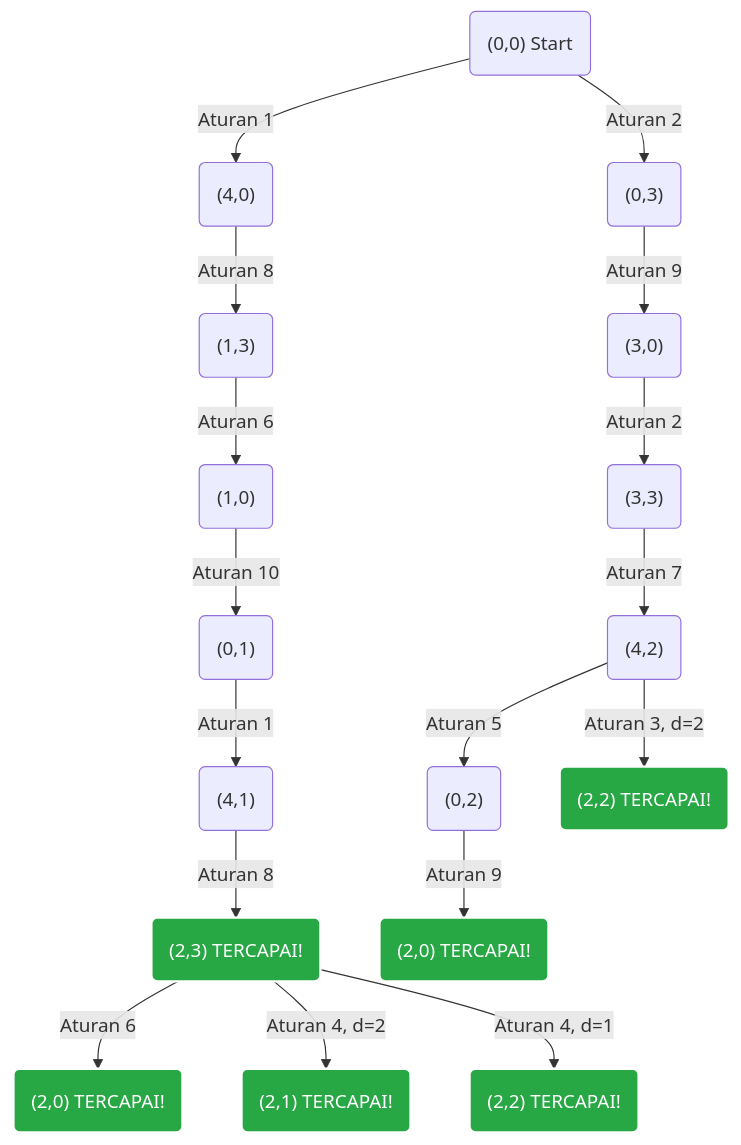
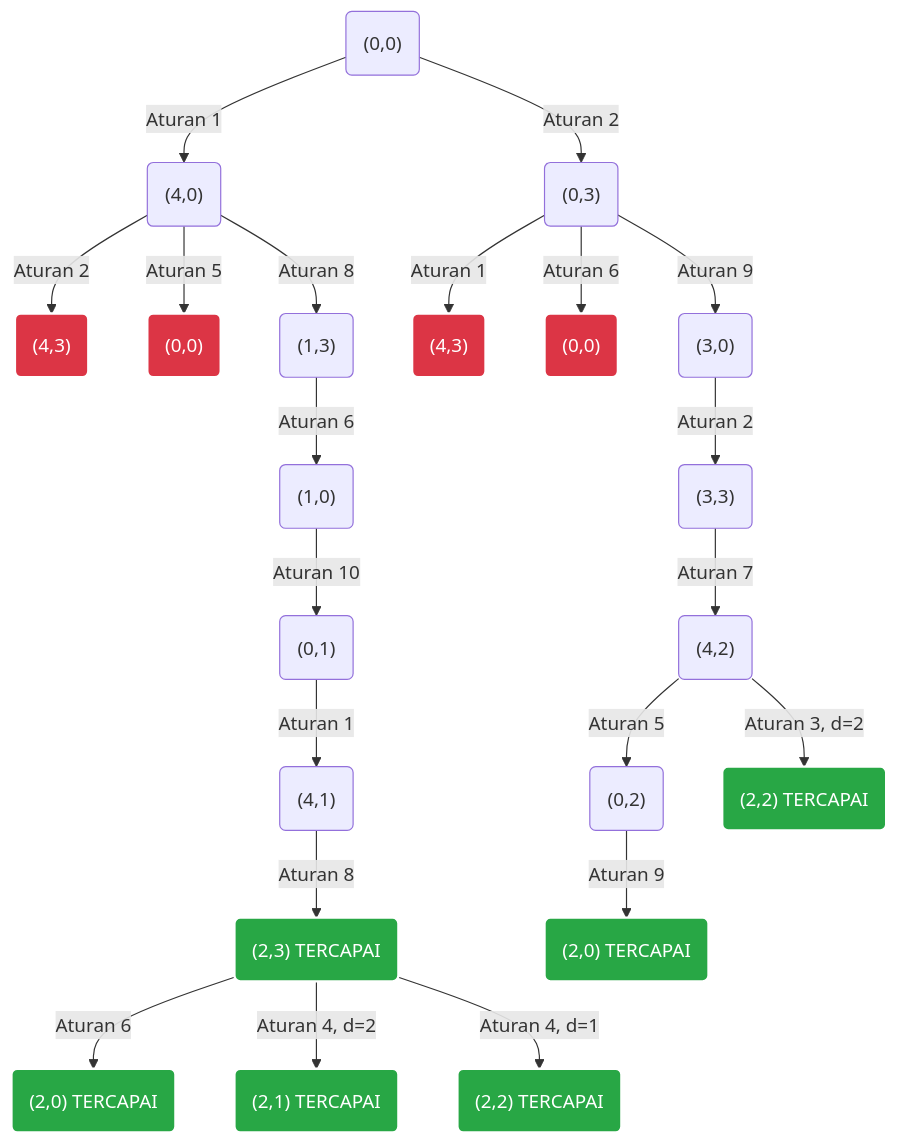
One commit to YALENZA/Kumpulan-Tugas-Kecerdasan-Buatan-TI-UNRI changed the diagram in README.md. Above: the diagram before and after it, drawn with Mermaid. The commit also changed other lines of this file, not shown here.

Commit message:
Pengumpulan Tugas 2 Kecerdasan Buatan

````diff
--- a/README.md
+++ b/README.md
@@ -34,30 +30,41 @@
 ```mermaid
 graph TD
-    S0("(0,0) Start") -->|Aturan 1| S1("(4,0)")
+    S0("(0,0)") -->|Aturan 1| S1("(4,0)")
     S0 -->|Aturan 2| S2("(0,3)")
     
-    %% Jalur Kiri (Mulai dari Isi Galon A)
-    S1 -->|Aturan 8| S3("(1,3)")
-    S3 -->|Aturan 6| S4("(1,0)")
-    S4 -->|Aturan 10| S5("(0,1)")
-    S5 -->|Aturan 1| S6("(4,1)")
-    S6 -->|Aturan 8| S7("(2,3) TERCAPAI!")
+    %% Cabang Level 2 (Kiri - Sesuai Gambar)
+    S1 -->|Aturan 2| S1_1("(4,3)")
+    S1 -->|Aturan 5| S1_2("(0,0)")
+    S1 -->|Aturan 8| S1_3("(1,3)")
     
-    %% Penyelesaian dari (2,3) ke Tujuan Lainnya
-    S7 -->|Aturan 6| S13("(2,0) TERCAPAI!")
-    S7 -->|Aturan 4, d=2| S14("(2,1) TERCAPAI!")
-    S7 -->|Aturan 4, d=1| S15("(2,2) TERCAPAI!")
+    %% Cabang Level 2 (Kanan - Sesuai Gambar)
+    S2 -->|Aturan 1| S2_1("(4,3)")
+    S2 -->|Aturan 6| S2_2("(0,0)")
+    S2 -->|Aturan 9| S2_3("(3,0)")
     
-    %% Jalur Kanan (Mulai dari Isi Galon B)
-    S2 -->|Aturan 9| S8("(3,0)")
-    S8 -->|Aturan 2| S9("(3,3)")
-    S9 -->|Aturan 7| S10("(4,2)")
+    %% Pelacakan Lanjutan Jalur Kiri
+    S1_3 -->|Aturan 6| S1_4("(1,0)")
+    S1_4 -->|Aturan 10| S1_5("(0,1)")
+    S1_5 -->|Aturan 1| S1_6("(4,1)")
+    S1_6 -->|Aturan 8| S1_7("(2,3) TERCAPAI")
     
-    %% Penyelesaian dari (4,2)
-    S10 -->|Aturan 5| S11("(0,2)")
-    S11 -->|Aturan 9| S12("(2,0) TERCAPAI!")
-    S10 -->|Aturan 3, d=2| S16("(2,2) TERCAPAI!")
+    %% Solusi Lanjutan dari (2,3)
+    S1_7 -->|Aturan 6| S1_8("(2,0) TERCAPAI")
+    S1_7 -->|Aturan 4, d=2| S1_9("(2,1) TERCAPAI")
+    S1_7 -->|Aturan 4, d=1| S1_10("(2,2) TERCAPAI")
+    
+    %% Pelacakan Lanjutan Jalur Kanan
+    S2_3 -->|Aturan 2| S2_4("(3,3)")
+    S2_4 -->|Aturan 7| S2_5("(4,2)")
+    
+    %% Solusi Lanjutan dari (4,2)
+    S2_5 -->|Aturan 5| S2_6("(0,2)")
+    S2_6 -->|Aturan 9| S2_7("(2,0) TERCAPAI")
+    S2_5 -->|Aturan 3, d=2| S2_8("(2,2) TERCAPAI")
     
     classDef goal fill:#28a745,stroke:#fff,stroke-width:2px,color:#fff;
-    class S7,S12,S13,S14,S15,S16 goal;
+    classDef deadend fill:#dc3545,stroke:#fff,stroke-width:2px,color:#fff;
+    
+    class S1_7,S1_8,S1_9,S1_10,S2_7,S2_8 goal;
+    class S1_1,S1_2,S2_1,S2_2 deadend;
 ```
````
